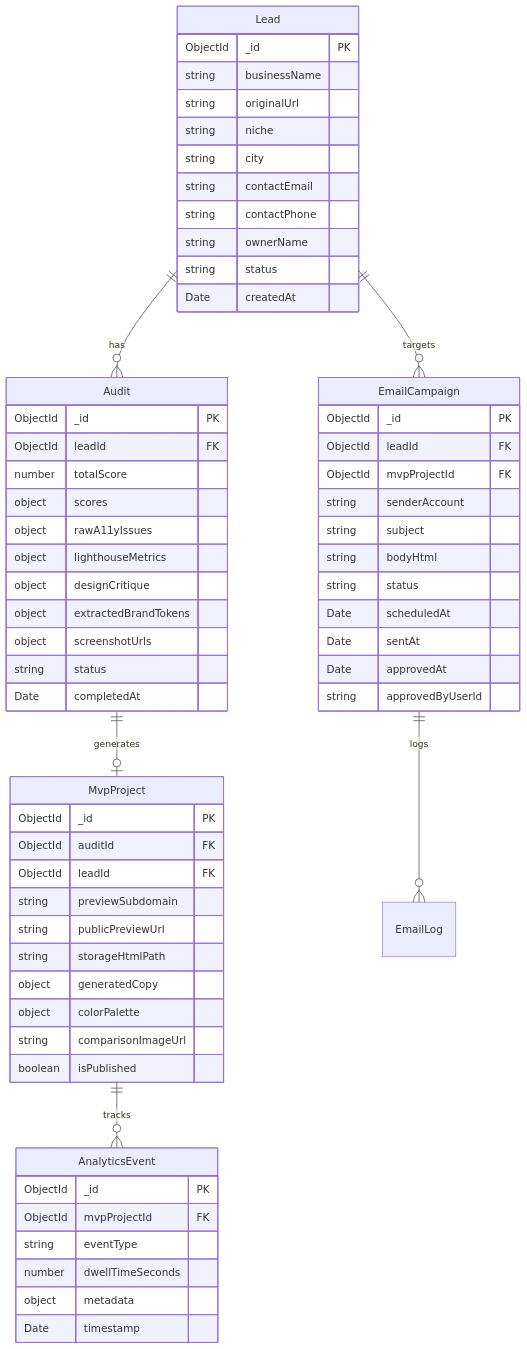
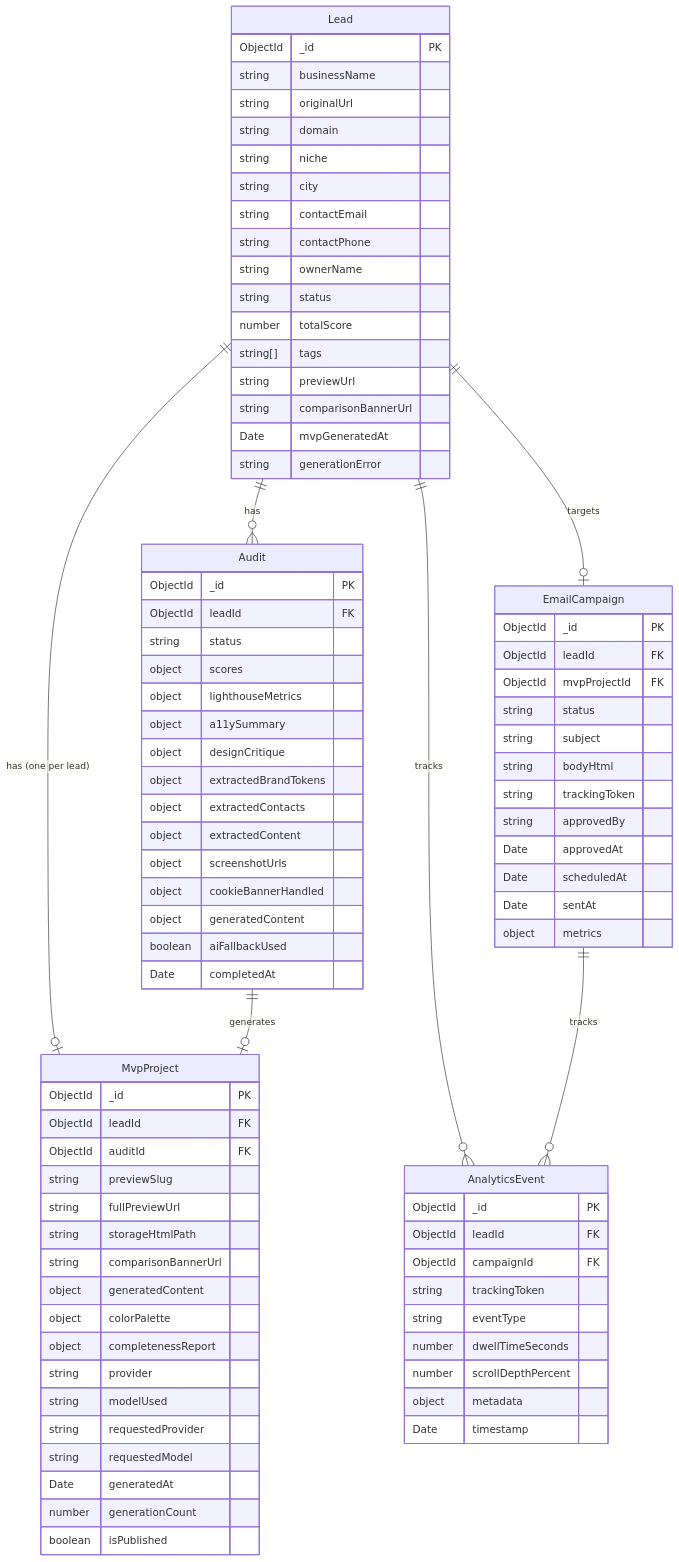
The seventh of 10 diagrams in blueprint.md (yurykurouski/revamp-docs), drawn with Mermaid before and after one commit. The commit also changed other lines of this file and 6 other files, not shown here.

````diff
--- a/blueprint.md
+++ b/blueprint.md
@@ -295,48 +412,66 @@
 ```mermaid
 erDiagram
     Lead ||--o{ Audit : has
+    Lead ||--o| MvpProject : "has (one per lead)"
     Audit ||--o| MvpProject : generates
-    Lead ||--o{ EmailCampaign : targets
-    EmailCampaign ||--o{ EmailLog : logs
-    MvpProject ||--o{ AnalyticsEvent : tracks
+    Lead ||--o| EmailCampaign : targets
+    Lead ||--o{ AnalyticsEvent : tracks
+    EmailCampaign ||--o{ AnalyticsEvent : tracks
 
     Lead {
         ObjectId _id PK
         string businessName
         string originalUrl
+        string domain
         string niche
         string city
         string contactEmail
         string contactPhone
         string ownerName
         string status
-        Date createdAt
+        number totalScore
+        string[] tags
+        string previewUrl
+        string comparisonBannerUrl
+        Date mvpGeneratedAt
+        string generationError
     }
 
     Audit {
         ObjectId _id PK
         ObjectId leadId FK
-        number totalScore
+        string status
         object scores
-        object rawA11yIssues
         object lighthouseMetrics
+        object a11ySummary
         object designCritique
         object extractedBrandTokens
+        object extractedContacts
+        object extractedContent
         object screenshotUrls
-        string status
+        object cookieBannerHandled
+        object generatedContent
+        boolean aiFallbackUsed
         Date completedAt
     }
 
     MvpProject {
         ObjectId _id PK
+        ObjectId leadId FK
         ObjectId auditId FK
-        ObjectId leadId FK
-        string previewSubdomain
-        string publicPreviewUrl
+        string previewSlug
+        string fullPreviewUrl
         string storageHtmlPath
-        object generatedCopy
+        string comparisonBannerUrl
+        object generatedContent
         object colorPalette
-        string comparisonImageUrl
+        object completenessReport
+        string provider
+        string modelUsed
+        string requestedProvider
+        string requestedModel
+        Date generatedAt
+        number generationCount
         boolean isPublished
     }
 
@@ -344,21 +479,25 @@
         ObjectId _id PK
         ObjectId leadId FK
         ObjectId mvpProjectId FK
-        string senderAccount
+        string status
         string subject
         string bodyHtml
-        string status
+        string trackingToken
+        string approvedBy
+        Date approvedAt
         Date scheduledAt
         Date sentAt
-        Date approvedAt
-        string approvedByUserId
+        object metrics
     }
 
     AnalyticsEvent {
         ObjectId _id PK
-        ObjectId mvpProjectId FK
+        ObjectId leadId FK
+        ObjectId campaignId FK
+        string trackingToken
         string eventType
         number dwellTimeSeconds
+        number scrollDepthPercent
         object metadata
         Date timestamp
     }
````
